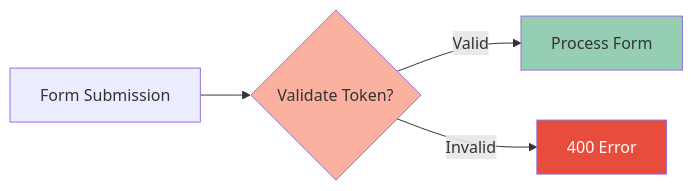
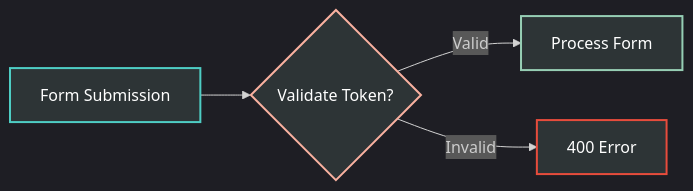
One commit to abhayraj-ops/Cake-Learn changed the eighth of 8 diagrams in docs/05-components.md. Above: the diagram before and after it, drawn with Mermaid. The commit also changed other lines of this file, not shown here.

Commit message:
Fix Mermaid diagram syntax error in Configuration Methods

````diff
--- a/docs/05-components.md
+++ b/docs/05-components.md
@@ -461,10 +474,12 @@
 ```mermaid
+%%{init: {'theme': 'dark'}}%%
 graph LR
     A[Form Submission] --> B{Validate Token?}
     B -->|Valid| C[Process Form]
     B -->|Invalid| D[400 Error]
     
-    style B fill:#fab1a0
-    style C fill:#96ceb4
-    style D fill:#e74c3c,color:#fff
+    style A fill:#2d3436,color:#fff,stroke:#4ecdc4,stroke-width:2px
+    style B fill:#2d3436,color:#fff,stroke:#fab1a0,stroke-width:2px
+    style C fill:#2d3436,color:#fff,stroke:#96ceb4,stroke-width:2px
+    style D fill:#2d3436,color:#fff,stroke:#e74c3c,stroke-width:2px
 ```
````
